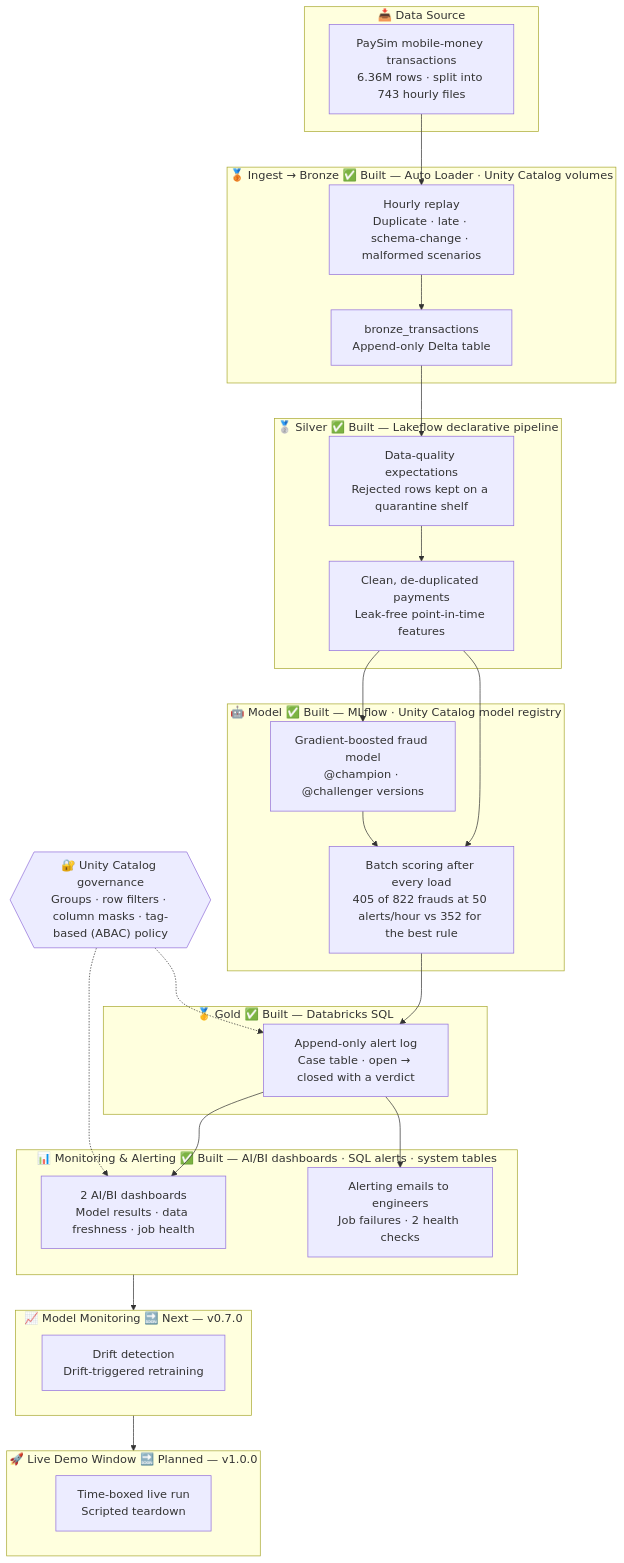
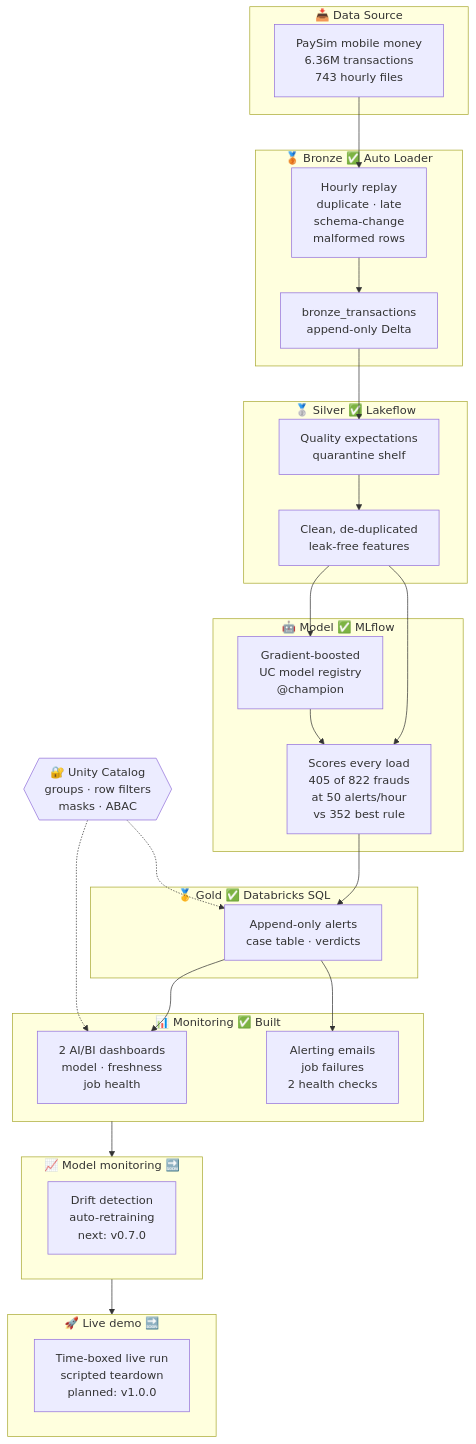
Before and after one commit to deepan-mehta-analytics/deepan-mehta-analytics: the diagram in README.md, drawn with Mermaid.

Commit message:
docs: shorten profile diagram lines so GitHub renders compact boxes
GitHub's Mermaid wraps box text at about 200px, which made the v2.2
diagram tall and thin with empty gaps. Short lines keep every box
compact without losing any of the facts.

````diff
--- a/README.md
+++ b/README.md
@@ -495,55 +495,55 @@
 ```mermaid
 flowchart TD
     subgraph Src["📥 Data Source"]
-        CSV["PaySim mobile-money transactions<br/>6.36M rows · split into 743 hourly files"]
+        CSV["PaySim mobile money<br/>6.36M transactions<br/>743 hourly files"]
     end
 
-    subgraph Ing["🥉 Ingest → Bronze  ✅  Built — Auto Loader · Unity Catalog volumes"]
-        REL["Hourly replay<br/>Duplicate · late · schema-change · malformed scenarios"]
-        BR["bronze_transactions<br/>Append-only Delta table"]
+    subgraph Ing["🥉 Bronze ✅ Auto Loader"]
+        REL["Hourly replay<br/>duplicate · late<br/>schema-change<br/>malformed rows"]
+        BR["bronze_transactions<br/>append-only Delta"]
     end
 
-    subgraph Sil["🥈 Silver  ✅  Built — Lakeflow declarative pipeline"]
-        CHK["Data-quality expectations<br/>Rejected rows kept on a quarantine shelf"]
-        FEAT["Clean, de-duplicated payments<br/>Leak-free point-in-time features"]
+    subgraph Sil["🥈 Silver ✅ Lakeflow"]
+        CHK["Quality expectations<br/>quarantine shelf"]
+        FEAT["Clean, de-duplicated<br/>leak-free features"]
     end
 
-    subgraph ML["🤖 Model  ✅  Built — MLflow · Unity Catalog model registry"]
-        TR["Gradient-boosted fraud model<br/>@champion · @challenger versions"]
-        SC["Batch scoring after every load<br/>405 of 822 frauds at 50 alerts/hour vs 352 for the best rule"]
+    subgraph ML["🤖 Model ✅ MLflow"]
+        TR["Gradient-boosted<br/>UC model registry<br/>@champion"]
+        SC["Scores every load<br/>405 of 822 frauds<br/>at 50 alerts/hour<br/>vs 352 best rule"]
     end
 
-    subgraph Gold["🥇 Gold  ✅  Built — Databricks SQL"]
-        AL["Append-only alert log<br/>Case table · open → closed with a verdict"]
+    subgraph Gold["🥇 Gold ✅ Databricks SQL"]
+        AL["Append-only alerts<br/>case table · verdicts"]
     end
 
-    GOV{{"🔐 Unity Catalog governance<br/>Groups · row filters · column masks · tag-based (ABAC) policy"}}
+    GOV{{"🔐 Unity Catalog<br/>groups · row filters<br/>masks · ABAC"}}
 
-    subgraph Mon["📊 Monitoring & Alerting  ✅  Built — AI/BI dashboards · SQL alerts · system tables"]
-        DASH["2 AI/BI dashboards<br/>Model results · data freshness · job health"]
-        EM["Alerting emails to engineers<br/>Job failures · 2 health checks"]
+    subgraph Mon["📊 Monitoring ✅ Built"]
+        DASH["2 AI/BI dashboards<br/>model · freshness<br/>job health"]
+        EM["Alerting emails<br/>job failures<br/>2 health checks"]
     end
 
-    subgraph Drift["📈 Model Monitoring  🔜  Next — v0.7.0"]
-        DR["Drift detection<br/>Drift-triggered retraining"]
+    subgraph Drift["📈 Model monitoring 🔜"]
+        DR["Drift detection<br/>auto-retraining<br/>next: v0.7.0"]
     end
 
-    subgraph Demo["🚀 Live Demo Window  🔜  Planned — v1.0.0"]
-        LV["Time-boxed live run<br/>Scripted teardown"]
+    subgraph Demo["🚀 Live demo 🔜"]
+        LV["Time-boxed live run<br/>scripted teardown<br/>planned: v1.0.0"]
     end
 
     CSV --> REL
     REL --> BR
     BR --> CHK
     CHK --> FEAT
     FEAT --> TR
     FEAT --> SC
     TR --> SC
     SC --> AL
     AL --> DASH
     AL --> EM
     GOV -.-> AL
     GOV -.-> DASH
     Mon --> Drift
     Drift --> Demo
 ```
````
